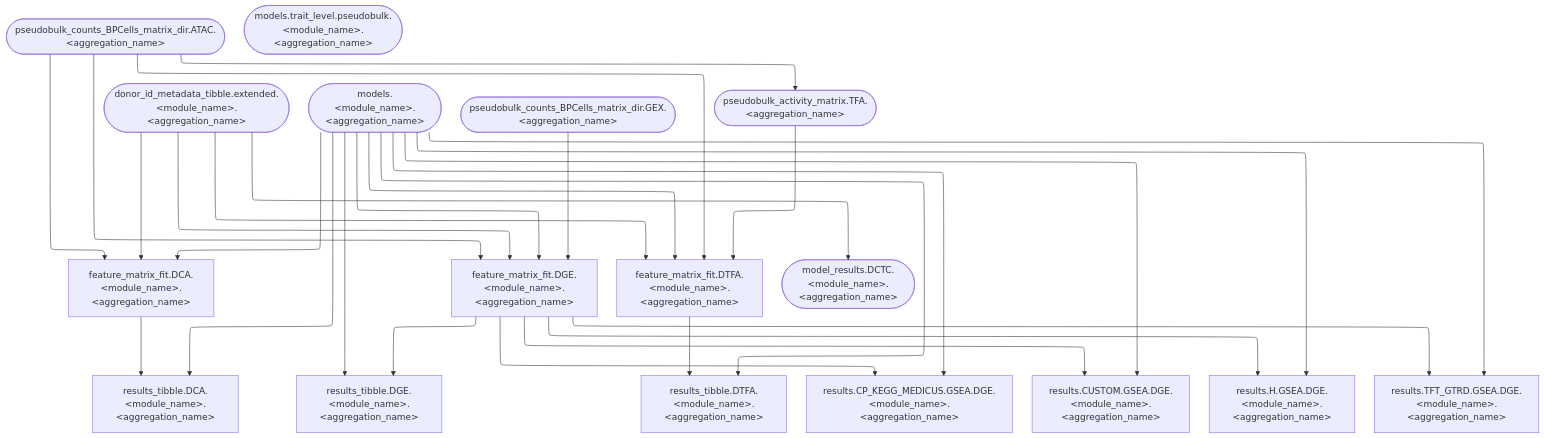
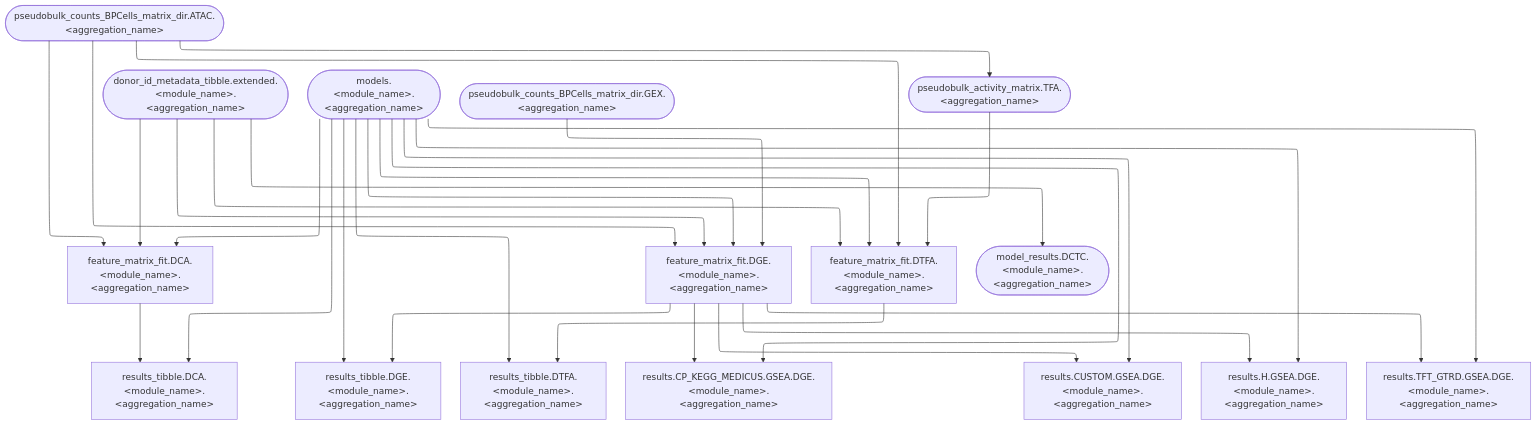
One commit to koefoeden/multiomeR changed the diagram in website/figures/human_curated/differential_analyses_v2.mmd. Above: the diagram before and after it, drawn with Mermaid. The commit also changed 14 other files, not shown here.

```diff
--- a/website/figures/human_curated/differential_analyses_v2.mmd
+++ b/website/figures/human_curated/differential_analyses_v2.mmd
@@ -1,30 +1,29 @@
 %%{init: {'flowchart': {'defaultRenderer': 'elk'}}}%%
 flowchart TB
   donor_id_metadata_tibble.extended.differential_analyses.immune_human_2x(["donor_id_metadata_tibble.extended.&lt;module_name&gt;.&lt;aggregation_name&gt;"]):::none --> feature_matrix_fit.DCA.differential_analyses.immune_human_2x["feature_matrix_fit.DCA.&lt;module_name&gt;.&lt;aggregation_name&gt;"]:::none
   donor_id_metadata_tibble.extended.differential_analyses.immune_human_2x(["donor_id_metadata_tibble.extended.&lt;module_name&gt;.&lt;aggregation_name&gt;"]):::none --> feature_matrix_fit.DGE.differential_analyses.immune_human_2x["feature_matrix_fit.DGE.&lt;module_name&gt;.&lt;aggregation_name&gt;"]:::none
   donor_id_metadata_tibble.extended.differential_analyses.immune_human_2x(["donor_id_metadata_tibble.extended.&lt;module_name&gt;.&lt;aggregation_name&gt;"]):::none --> feature_matrix_fit.DTFA.differential_analyses.immune_human_2x["feature_matrix_fit.DTFA.&lt;module_name&gt;.&lt;aggregation_name&gt;"]:::none
   donor_id_metadata_tibble.extended.differential_analyses.immune_human_2x(["donor_id_metadata_tibble.extended.&lt;module_name&gt;.&lt;aggregation_name&gt;"]):::none --> model_results.DCTC.differential_analyses.immune_human_2x(["model_results.DCTC.&lt;module_name&gt;.&lt;aggregation_name&gt;"]):::none
   feature_matrix_fit.DCA.differential_analyses.immune_human_2x["feature_matrix_fit.DCA.&lt;module_name&gt;.&lt;aggregation_name&gt;"]:::none --> results_tibble.DCA.differential_analyses.immune_human_2x["results_tibble.DCA.&lt;module_name&gt;.&lt;aggregation_name&gt;"]:::none
   feature_matrix_fit.DGE.differential_analyses.immune_human_2x["feature_matrix_fit.DGE.&lt;module_name&gt;.&lt;aggregation_name&gt;"]:::none --> results_tibble.DGE.differential_analyses.immune_human_2x["results_tibble.DGE.&lt;module_name&gt;.&lt;aggregation_name&gt;"]:::none
   feature_matrix_fit.DTFA.differential_analyses.immune_human_2x["feature_matrix_fit.DTFA.&lt;module_name&gt;.&lt;aggregation_name&gt;"]:::none --> results_tibble.DTFA.differential_analyses.immune_human_2x["results_tibble.DTFA.&lt;module_name&gt;.&lt;aggregation_name&gt;"]:::none
   feature_matrix_fit.DGE.differential_analyses.immune_human_2x["feature_matrix_fit.DGE.&lt;module_name&gt;.&lt;aggregation_name&gt;"]:::none --> results.CP_KEGG_MEDICUS.GSEA.DGE.differential_analyses.immune_human_2x["results.CP_KEGG_MEDICUS.GSEA.DGE.&lt;module_name&gt;.&lt;aggregation_name&gt;"]:::none
   feature_matrix_fit.DGE.differential_analyses.immune_human_2x["feature_matrix_fit.DGE.&lt;module_name&gt;.&lt;aggregation_name&gt;"]:::none --> results.CUSTOM.GSEA.DGE.differential_analyses.immune_human_2x["results.CUSTOM.GSEA.DGE.&lt;module_name&gt;.&lt;aggregation_name&gt;"]:::none
   feature_matrix_fit.DGE.differential_analyses.immune_human_2x["feature_matrix_fit.DGE.&lt;module_name&gt;.&lt;aggregation_name&gt;"]:::none --> results.H.GSEA.DGE.differential_analyses.immune_human_2x["results.H.GSEA.DGE.&lt;module_name&gt;.&lt;aggregation_name&gt;"]:::none
   feature_matrix_fit.DGE.differential_analyses.immune_human_2x["feature_matrix_fit.DGE.&lt;module_name&gt;.&lt;aggregation_name&gt;"]:::none --> results.TFT_GTRD.GSEA.DGE.differential_analyses.immune_human_2x["results.TFT_GTRD.GSEA.DGE.&lt;module_name&gt;.&lt;aggregation_name&gt;"]:::none
   models.differential_analyses.immune_human_2x(["models.&lt;module_name&gt;.&lt;aggregation_name&gt;"]):::none --> feature_matrix_fit.DCA.differential_analyses.immune_human_2x["feature_matrix_fit.DCA.&lt;module_name&gt;.&lt;aggregation_name&gt;"]:::none
   models.differential_analyses.immune_human_2x(["models.&lt;module_name&gt;.&lt;aggregation_name&gt;"]):::none --> results_tibble.DCA.differential_analyses.immune_human_2x["results_tibble.DCA.&lt;module_name&gt;.&lt;aggregation_name&gt;"]:::none
   models.differential_analyses.immune_human_2x(["models.&lt;module_name&gt;.&lt;aggregation_name&gt;"]):::none --> feature_matrix_fit.DGE.differential_analyses.immune_human_2x["feature_matrix_fit.DGE.&lt;module_name&gt;.&lt;aggregation_name&gt;"]:::none
   models.differential_analyses.immune_human_2x(["models.&lt;module_name&gt;.&lt;aggregation_name&gt;"]):::none --> results_tibble.DGE.differential_analyses.immune_human_2x["results_tibble.DGE.&lt;module_name&gt;.&lt;aggregation_name&gt;"]:::none
   models.differential_analyses.immune_human_2x(["models.&lt;module_name&gt;.&lt;aggregation_name&gt;"]):::none --> results.CP_KEGG_MEDICUS.GSEA.DGE.differential_analyses.immune_human_2x["results.CP_KEGG_MEDICUS.GSEA.DGE.&lt;module_name&gt;.&lt;aggregation_name&gt;"]:::none
   models.differential_analyses.immune_human_2x(["models.&lt;module_name&gt;.&lt;aggregation_name&gt;"]):::none --> results.CUSTOM.GSEA.DGE.differential_analyses.immune_human_2x["results.CUSTOM.GSEA.DGE.&lt;module_name&gt;.&lt;aggregation_name&gt;"]:::none
   models.differential_analyses.immune_human_2x(["models.&lt;module_name&gt;.&lt;aggregation_name&gt;"]):::none --> results.H.GSEA.DGE.differential_analyses.immune_human_2x["results.H.GSEA.DGE.&lt;module_name&gt;.&lt;aggregation_name&gt;"]:::none
   models.differential_analyses.immune_human_2x(["models.&lt;module_name&gt;.&lt;aggregation_name&gt;"]):::none --> results.TFT_GTRD.GSEA.DGE.differential_analyses.immune_human_2x["results.TFT_GTRD.GSEA.DGE.&lt;module_name&gt;.&lt;aggregation_name&gt;"]:::none
   models.differential_analyses.immune_human_2x(["models.&lt;module_name&gt;.&lt;aggregation_name&gt;"]):::none --> feature_matrix_fit.DTFA.differential_analyses.immune_human_2x["feature_matrix_fit.DTFA.&lt;module_name&gt;.&lt;aggregation_name&gt;"]:::none
   models.differential_analyses.immune_human_2x(["models.&lt;module_name&gt;.&lt;aggregation_name&gt;"]):::none --> results_tibble.DTFA.differential_analyses.immune_human_2x["results_tibble.DTFA.&lt;module_name&gt;.&lt;aggregation_name&gt;"]:::none
   pseudobulk_counts_BPCells_matrix_dir.ATAC.brain_mouse(["pseudobulk_counts_BPCells_matrix_dir.ATAC.&lt;aggregation_name&gt;"]):::none --> feature_matrix_fit.DCA.differential_analyses.immune_human_2x["feature_matrix_fit.DCA.&lt;module_name&gt;.&lt;aggregation_name&gt;"]:::none
   pseudobulk_counts_BPCells_matrix_dir.GEX.brain_mouse(["pseudobulk_counts_BPCells_matrix_dir.GEX.&lt;aggregation_name&gt;"]):::none --> feature_matrix_fit.DGE.differential_analyses.immune_human_2x["feature_matrix_fit.DGE.&lt;module_name&gt;.&lt;aggregation_name&gt;"]:::none
   pseudobulk_counts_BPCells_matrix_dir.ATAC.brain_mouse(["pseudobulk_counts_BPCells_matrix_dir.ATAC.&lt;aggregation_name&gt;"]):::none --> feature_matrix_fit.DGE.differential_analyses.immune_human_2x["feature_matrix_fit.DGE.&lt;module_name&gt;.&lt;aggregation_name&gt;"]:::none
   pseudobulk_activity_matrix.TFA.brain_mouse(["pseudobulk_activity_matrix.TFA.&lt;aggregation_name&gt;"]):::none --> feature_matrix_fit.DTFA.differential_analyses.immune_human_2x["feature_matrix_fit.DTFA.&lt;module_name&gt;.&lt;aggregation_name&gt;"]:::none
   pseudobulk_counts_BPCells_matrix_dir.ATAC.brain_mouse(["pseudobulk_counts_BPCells_matrix_dir.ATAC.&lt;aggregation_name&gt;"]):::none --> feature_matrix_fit.DTFA.differential_analyses.immune_human_2x["feature_matrix_fit.DTFA.&lt;module_name&gt;.&lt;aggregation_name&gt;"]:::none
   pseudobulk_counts_BPCells_matrix_dir.ATAC.brain_mouse(["pseudobulk_counts_BPCells_matrix_dir.ATAC.&lt;aggregation_name&gt;"]):::none --> pseudobulk_activity_matrix.TFA.brain_mouse(["pseudobulk_activity_matrix.TFA.&lt;aggregation_name&gt;"]):::none
-  models.trait_level.pseudobulk.genetic_enrichment.immune_human_2x(["models.trait_level.pseudobulk.&lt;module_name&gt;.&lt;aggregation_name&gt;"]):::none
```
